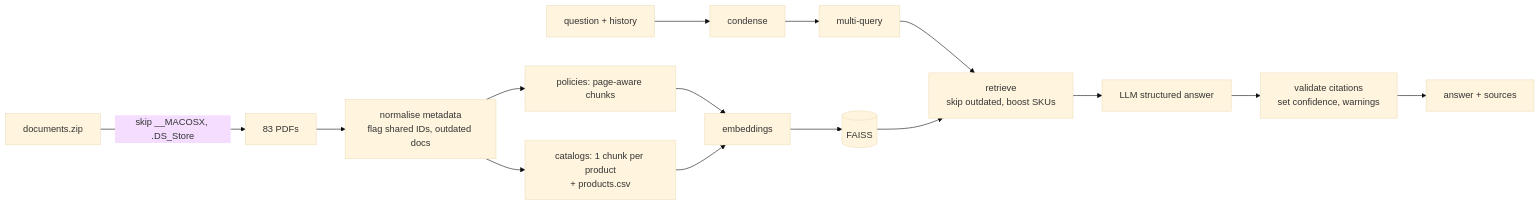
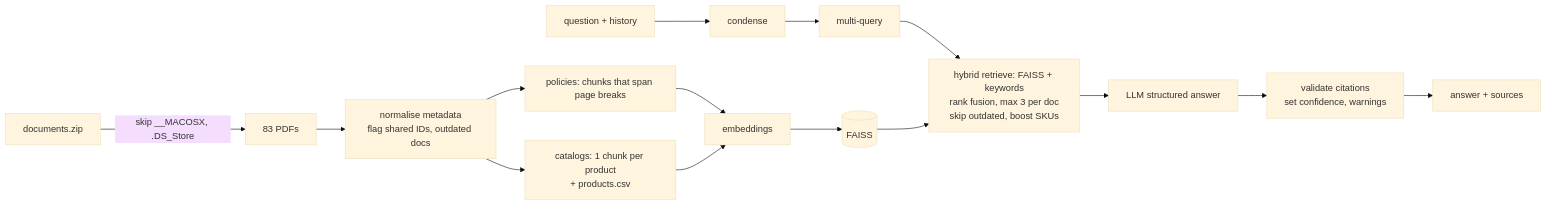
The diagram in SOLUTION.md (roberto-vargas-c/project-brief-enterprise-ai-assistant), drawn with Mermaid (base theme) before and after one commit. The commit also changed other lines of this file and 19 other files, not shown here.

````diff
--- a/SOLUTION.md
+++ b/SOLUTION.md
@@ -68,10 +69,10 @@
 ```mermaid
 flowchart LR
     Z[documents.zip] -->|skip __MACOSX, .DS_Store| P[83 PDFs]
     P --> M[normalise metadata<br/>flag shared IDs, outdated docs]
-    M --> C1[policies: page-aware chunks]
+    M --> C1[policies: chunks that span page breaks]
     M --> C2[catalogs: 1 chunk per product<br/>+ products.csv]
     C1 & C2 --> E[embeddings] --> F[(FAISS)]
-    Q[question + history] --> CQ[condense] --> MQ[multi-query] --> R[retrieve<br/>skip outdated, boost SKUs]
+    Q[question + history] --> CQ[condense] --> MQ[multi-query] --> R[hybrid retrieve: FAISS + keywords<br/>rank fusion, max 3 per doc<br/>skip outdated, boost SKUs]
     F --> R --> G[LLM structured answer] --> V[validate citations<br/>set confidence, warnings] --> A[answer + sources]
 ```
````
